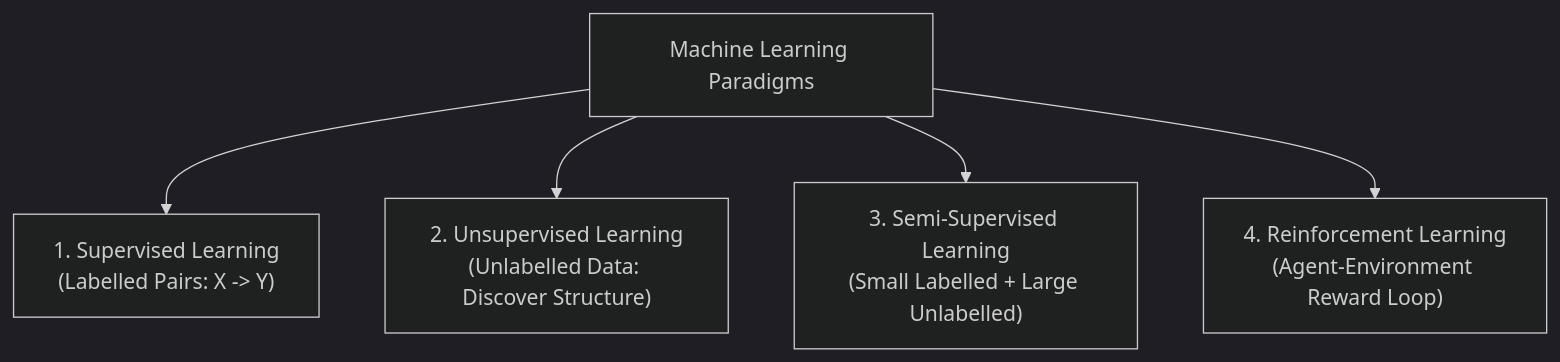
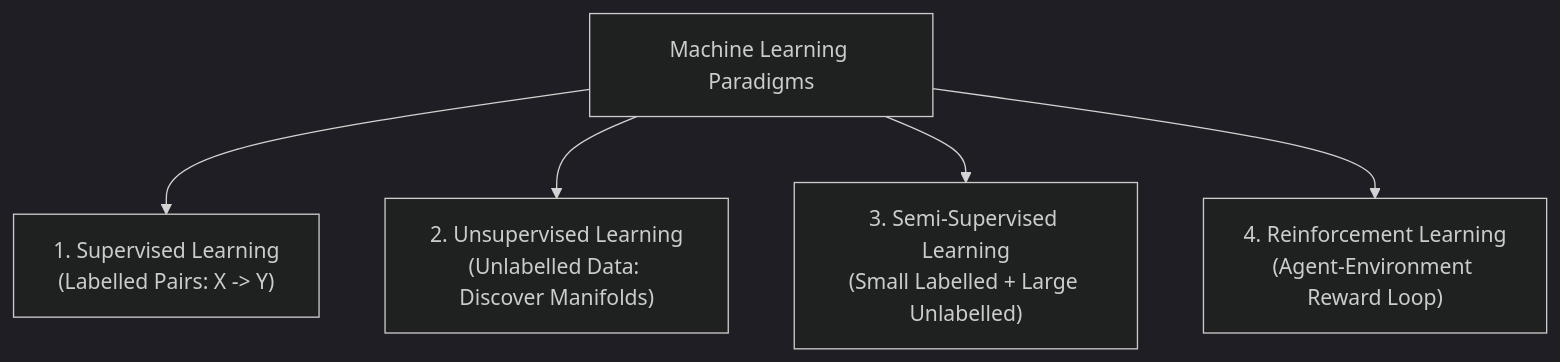
Before and after one commit to vettrivel-kl/vettrivel-kl.github.io: the first of 4 diagrams in docs/Exam-Prep/Machine-Learning/University-Question-Bank/02-part-b-questions.mdx, drawn with Mermaid (dark theme). The commit also changed other lines of this file and 1 other file, not shown here.

````diff
--- a/docs/Exam-Prep/Machine-Learning/University-Question-Bank/02-part-b-questions.mdx
+++ b/docs/Exam-Prep/Machine-Learning/University-Question-Bank/02-part-b-questions.mdx
@@ -33,7 +37,7 @@
 ```mermaid
 flowchart TD
     ML["Machine Learning Paradigms"] --> SUP["1. Supervised Learning<br/>(Labelled Pairs: X -> Y)"]
-    ML --> UNSUP["2. Unsupervised Learning<br/>(Unlabelled Data: Discover Structure)"]
+    ML --> UNSUP["2. Unsupervised Learning<br/>(Unlabelled Data: Discover Manifolds)"]
     ML --> SEMI["3. Semi-Supervised Learning<br/>(Small Labelled + Large Unlabelled)"]
     ML --> RL["4. Reinforcement Learning<br/>(Agent-Environment Reward Loop)"]
 ```
````
